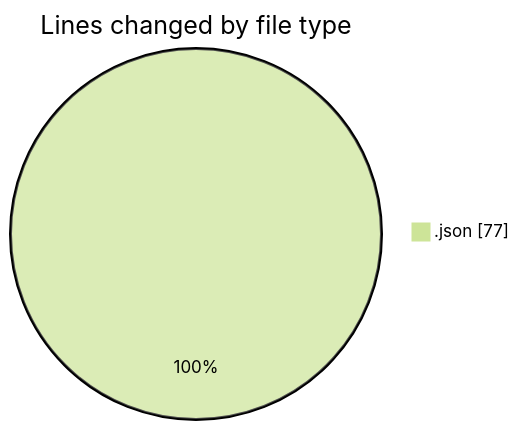
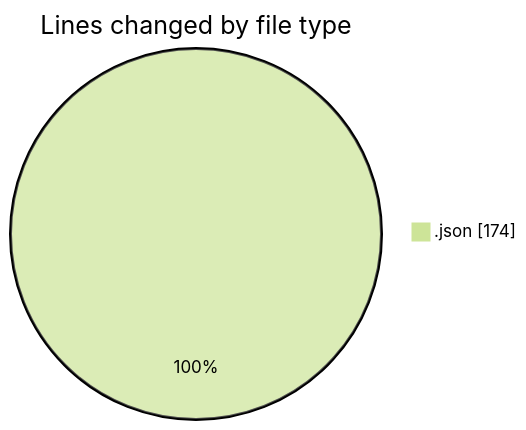
The first of 2 diagrams in 2026-04-22/cda/README.md (momahboobian/code-tracking), drawn with Mermaid (forest theme) before and after one commit. The commit also changed other lines of this file and 1 other file, not shown here.

````diff
--- a/2026-04-22/cda/README.md
+++ b/2026-04-22/cda/README.md
@@ -20,5 +21,5 @@
 ```mermaid
 pie showData
 title Lines changed by file type
-".json" : 77
+".json" : 174
 ```
````
